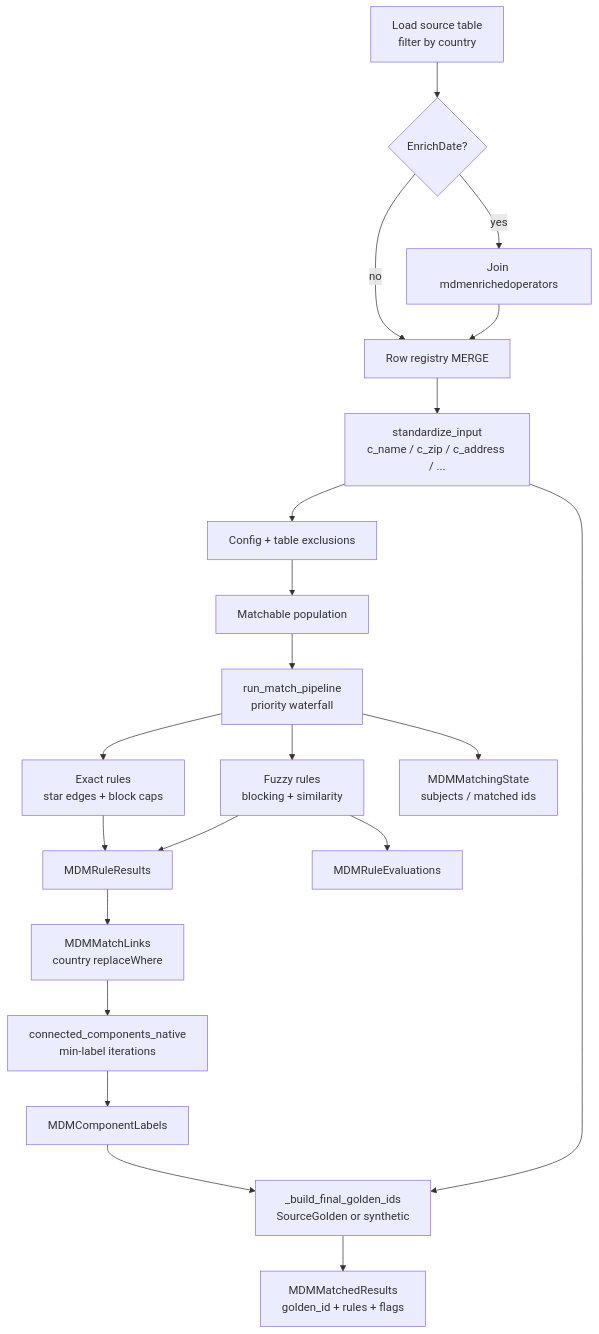
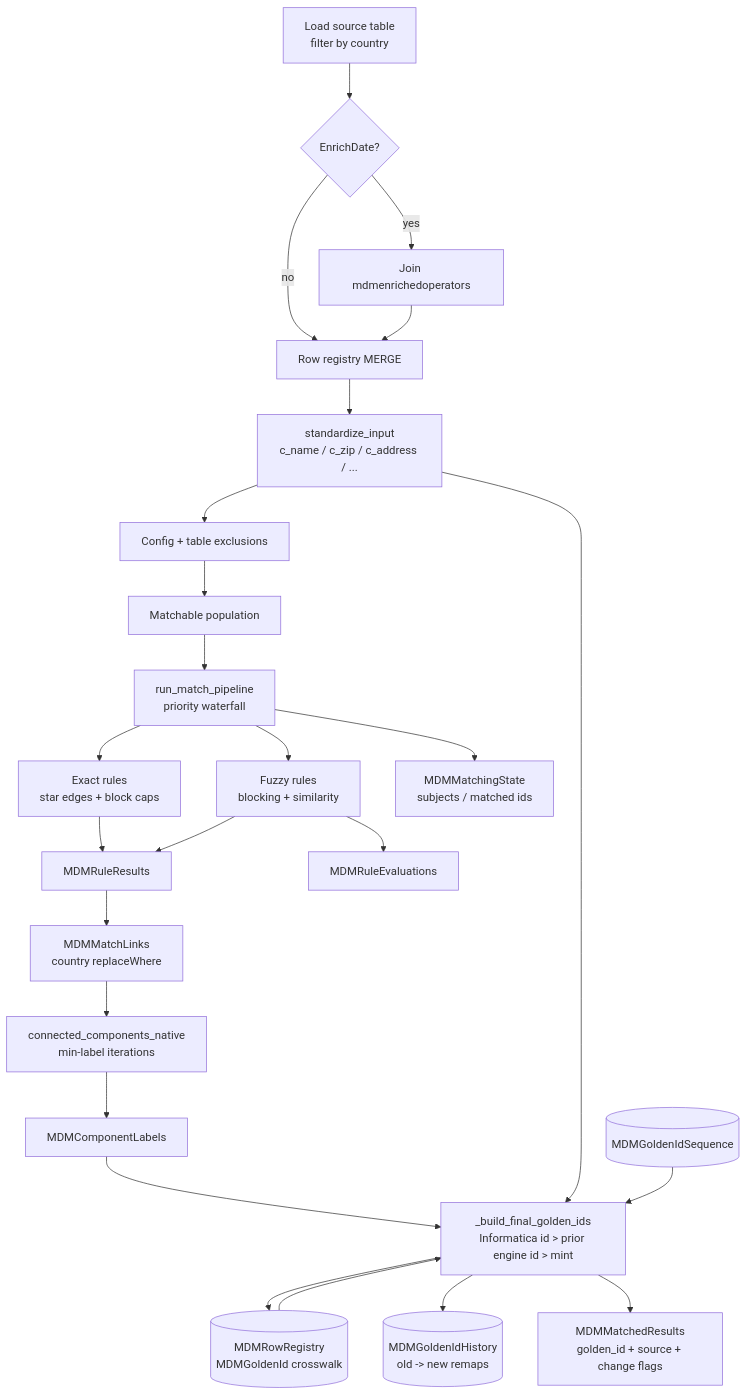
The diagram in docs/ARCHITECTURE.md (exa-admin/Virgo), drawn with Mermaid before and after one commit. The commit also changed other lines of this file and 10 other files, not shown here.

````diff
--- a/docs/ARCHITECTURE.md
+++ b/docs/ARCHITECTURE.md
@@ -9,25 +9,29 @@
 ```mermaid
 flowchart TD
   A[Load source table<br/>filter by country] --> B{EnrichDate?}
   B -->|yes| C[Join mdmenrichedoperators]
   B -->|no| D[Row registry MERGE]
   C --> D
   D --> E[standardize_input<br/>c_name / c_zip / c_address / ...]
   E --> F[Config + table exclusions]
   F --> G[Matchable population]
   G --> H[run_match_pipeline<br/>priority waterfall]
 
   H --> H1[Exact rules<br/>star edges + block caps]
   H --> H2[Fuzzy rules<br/>blocking + similarity]
   H1 --> I[MDMRuleResults]
   H2 --> I
   H2 --> J[MDMRuleEvaluations]
   H --> K[MDMMatchingState<br/>subjects / matched ids]
 
   I --> L[MDMMatchLinks<br/>country replaceWhere]
   L --> M[connected_components_native<br/>min-label iterations]
   M --> N[MDMComponentLabels]
-  N --> O[_build_final_golden_ids<br/>SourceGolden or synthetic]
+  N --> O[_build_final_golden_ids<br/>Informatica id > prior engine id > mint]
   E --> O
-  O --> P[MDMMatchedResults<br/>golden_id + rules + flags]
+  S[(MDMGoldenIdSequence)] --> O
+  O --> R[(MDMRowRegistry<br/>MDMGoldenId crosswalk)]
+  R --> O
+  O --> X[(MDMGoldenIdHistory<br/>old -> new remaps)]
+  O --> P[MDMMatchedResults<br/>golden_id + source + change flags]
 ```
````
